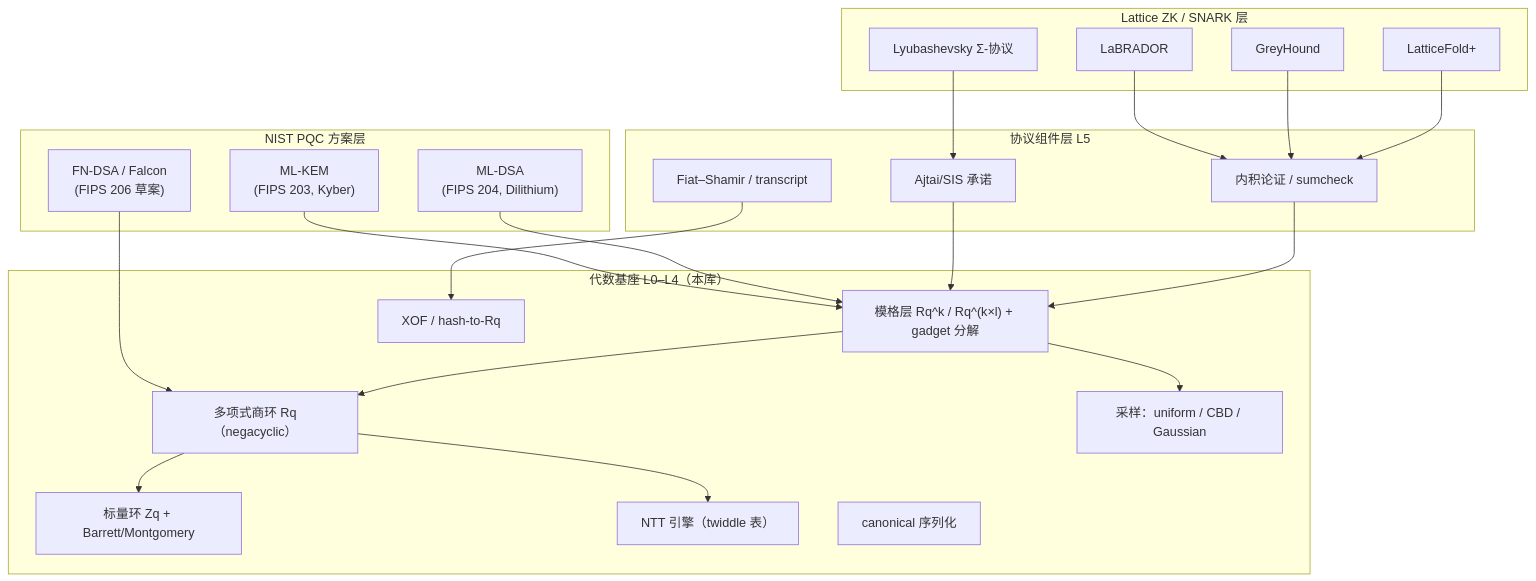
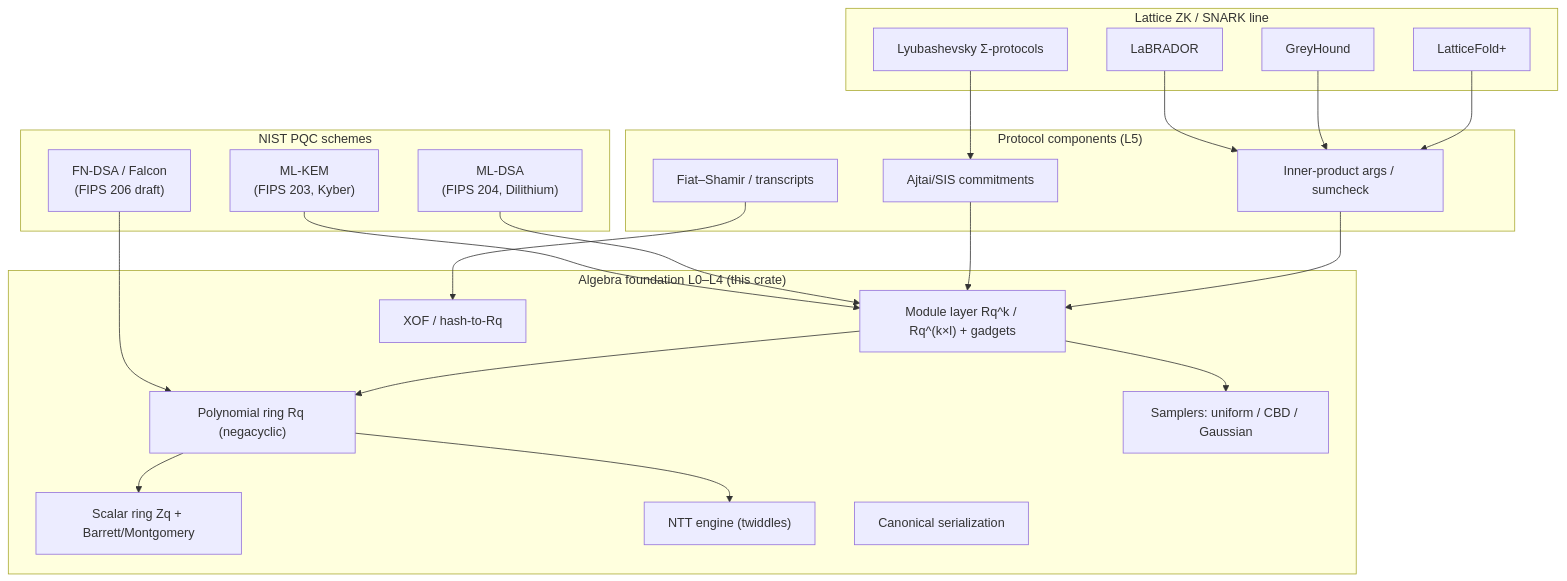
Before and after one commit to SuccinctPaul/lattice-algebra-rs: the diagram in docs/src/pages/index.mdx, drawn with Mermaid. The commit also changed other lines of this file and 54 other files, not shown here.

First line of the commit message:
feat: L0-L4 core refactor, ML-DSA, Z1-Z4 protocols, English docs

````diff
--- a/docs/src/pages/index.mdx
+++ b/docs/src/pages/index.mdx
@@ -25,42 +25,42 @@
 ```mermaid
 flowchart TB
-    subgraph PQC["NIST PQC 方案层"]
+    subgraph PQC["NIST PQC schemes"]
         KEM["ML-KEM<br/>(FIPS 203, Kyber)"]
         DSA["ML-DSA<br/>(FIPS 204, Dilithium)"]
-        FNDSA["FN-DSA / Falcon<br/>(FIPS 206 草案)"]
+        FNDSA["FN-DSA / Falcon<br/>(FIPS 206 draft)"]
     end
-    subgraph ZK["Lattice ZK / SNARK 层"]
-        SIGMA["Lyubashevsky Σ-协议"]
+    subgraph ZK["Lattice ZK / SNARK line"]
+        SIGMA["Lyubashevsky Σ-protocols"]
         LAB["LaBRADOR"]
         GH["GreyHound"]
         LF["LatticeFold+"]
     end
-    subgraph PROTO["协议组件层 L5"]
-        COMMIT["Ajtai/SIS 承诺"]
-        IPA["内积论证 / sumcheck"]
-        FS["Fiat–Shamir / transcript"]
+    subgraph PROTO["Protocol components (L5)"]
+        COMMIT["Ajtai/SIS commitments"]
+        IPA["Inner-product args / sumcheck"]
+        FS["Fiat–Shamir / transcripts"]
     end
-    subgraph BASE["代数基座 L0–L4（本库）"]
-        RING["标量环 Zq + Barrett/Montgomery"]
-        NTT["NTT 引擎（twiddle 表）"]
-        POLY["多项式商环 Rq（negacyclic）"]
-        MOD["模格层 Rq^k / Rq^(k×l) + gadget 分解"]
-        SAMP["采样：uniform / CBD / Gaussian"]
+    subgraph BASE["Algebra foundation L0–L4 (this crate)"]
+        RING["Scalar ring Zq + Barrett/Montgomery"]
+        NTT["NTT engine (twiddles)"]
+        POLY["Polynomial ring Rq (negacyclic)"]
+        MOD["Module layer Rq^k / Rq^(k×l) + gadgets"]
+        SAMP["Samplers: uniform / CBD / Gaussian"]
         HASH["XOF / hash-to-Rq"]
-        SER["canonical 序列化"]
+        SER["Canonical serialization"]
     end
     KEM --> MOD
     DSA --> MOD
     FNDSA --> POLY
     SIGMA --> COMMIT
     LAB --> IPA
     GH --> IPA
     LF --> IPA
     COMMIT --> MOD
     IPA --> MOD
     FS --> HASH
     MOD --> POLY
     MOD --> SAMP
     POLY --> NTT
     POLY --> RING
 ```
````
